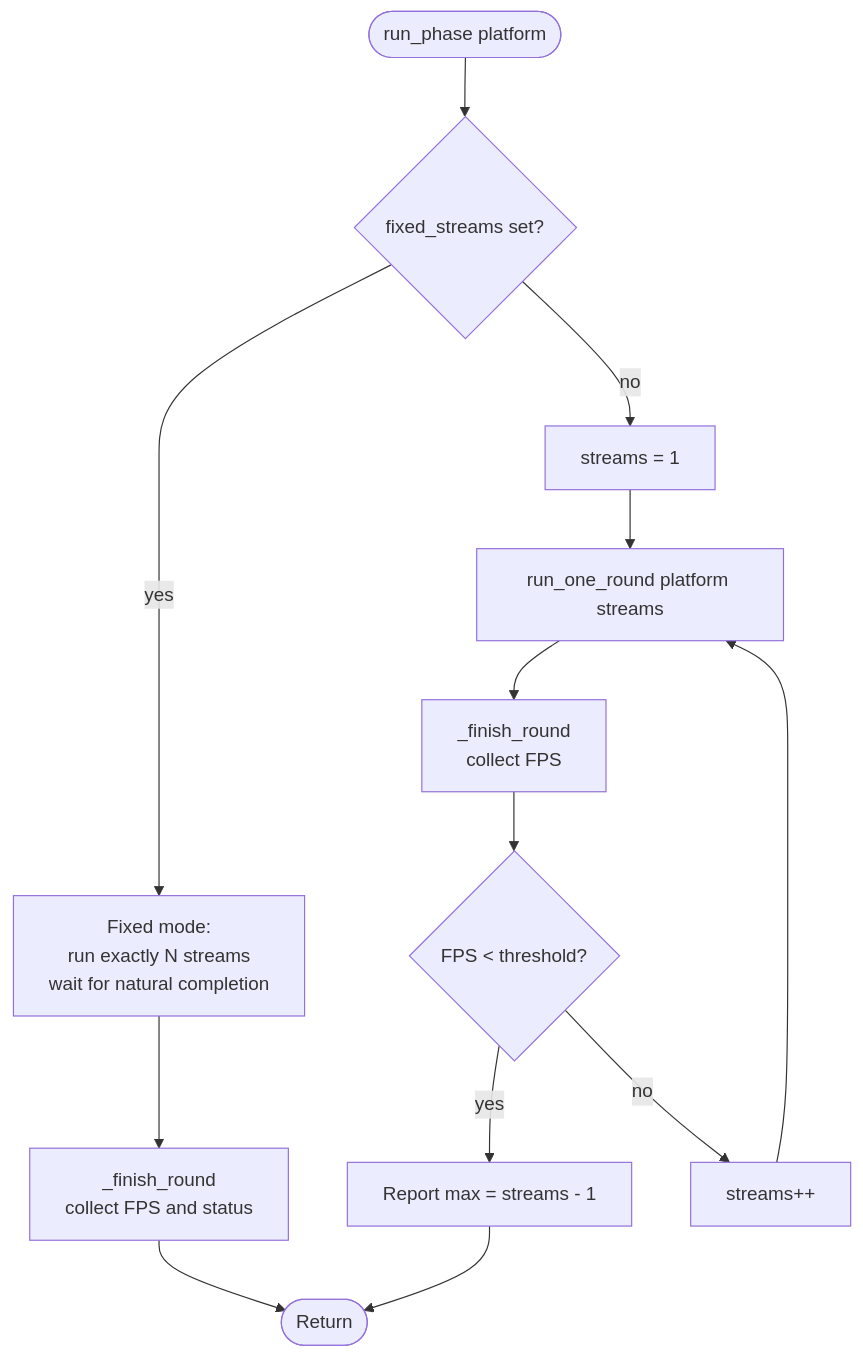
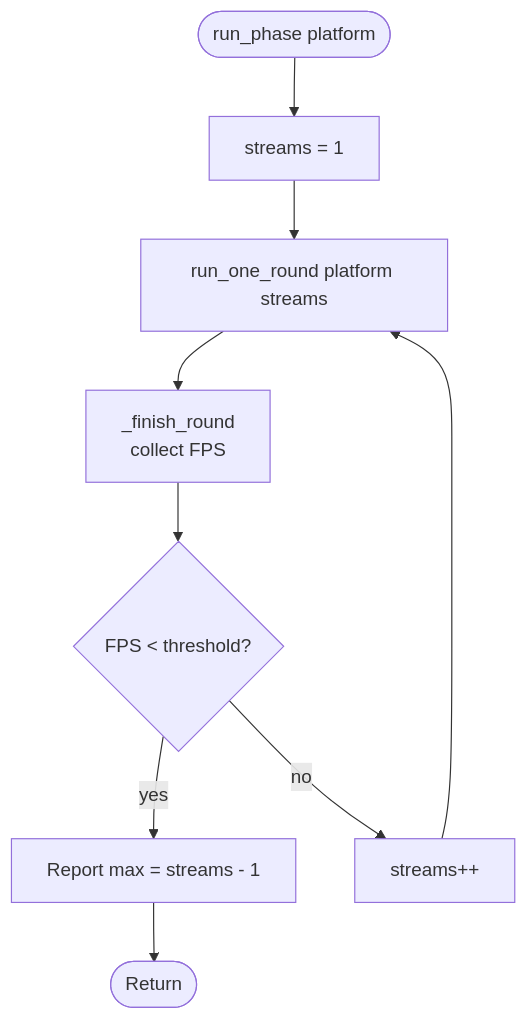
The third of 5 diagrams in samples/gstreamer/python/coexistence_benchmark/README.md (open-edge-platform/dlstreamer), drawn with Mermaid before and after one commit. The commit also changed other lines of this file and 2 other files, not shown here.

````diff
--- a/samples/gstreamer/python/coexistence_benchmark/README.md
+++ b/samples/gstreamer/python/coexistence_benchmark/README.md
@@ -189,15 +206,11 @@
 ```mermaid
 flowchart TD
-    A([run_phase platform]) --> B{fixed_streams set?}
-    B -- yes --> C["Fixed mode:<br/>run exactly N streams<br/>wait for natural completion"]
-    C --> D["_finish_round<br/>collect FPS and status"]
-    D --> E([Return])
-    B -- no --> F[streams = 1]
+    A([run_phase platform]) --> F[streams = 1]
     F --> G[run_one_round platform streams]
     G --> H["_finish_round<br/>collect FPS"]
     H --> I{FPS < threshold?}
     I -- yes --> J[Report max = streams - 1]
-    J --> E
+    J --> E([Return])
     I -- no --> K[streams++]
     K --> G
 ```
````
